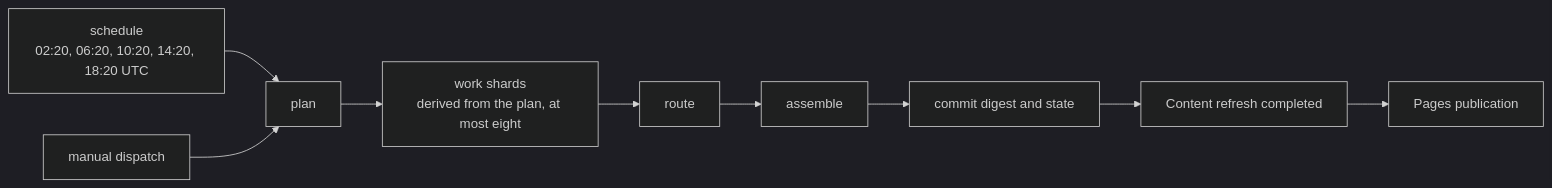
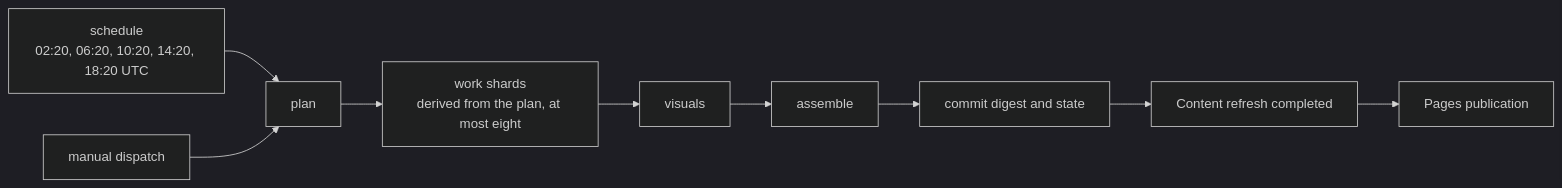
The second of 3 diagrams in docs/reference/github-actions.md (miztiik/yen-idhazh), drawn with Mermaid (dark theme) before and after one commit. The commit also changed other lines of this file and 16 other files, not shown here.

First line of the commit message:
Rename the route job to visuals and move its artifacts with it

````diff
--- a/docs/reference/github-actions.md
+++ b/docs/reference/github-actions.md
@@ -181,11 +182,11 @@
 ```mermaid
 flowchart LR
     SCHEDULE["schedule<br/>02:20, 06:20, 10:20, 14:20, 18:20 UTC"] --> PLAN["plan"]
     MANUAL["manual dispatch"] --> PLAN
     PLAN --> WORK["work shards<br/>derived from the plan, at most eight"]
-    WORK --> ROUTE["route"]
-    ROUTE --> ASSEMBLE["assemble"]
+    WORK --> VISUALS["visuals"]
+    VISUALS --> ASSEMBLE["assemble"]
     ASSEMBLE --> COMMIT["commit digest and state"]
     COMMIT --> COMPLETE["Content refresh completed"]
     COMPLETE --> PAGES["Pages publication"]
 ```
````
